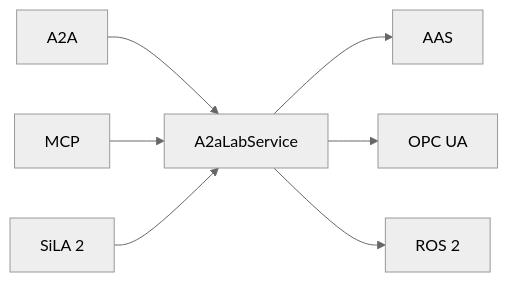
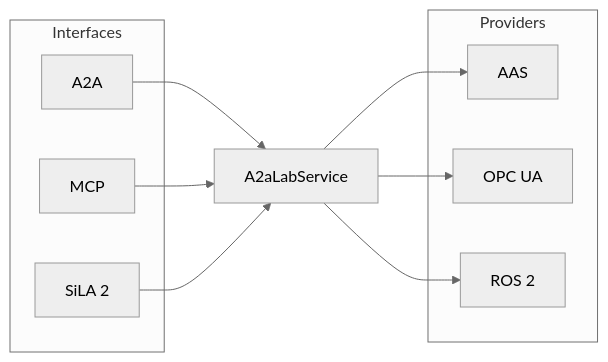
One commit to A3Analytics/a2a-lab-dev-kit-rs changed the diagram in README.md. Above: the diagram before and after it, drawn with Mermaid (neutral theme). The commit also changed other lines of this file and 14 other files, not shown here.

Commit message:
Group the Wiki into interfaces and providers so both sides of A2aLabService are explicit.

````diff
--- a/README.md
+++ b/README.md
@@ -21,11 +21,22 @@
 ```mermaid
 flowchart LR
   accTitle: A2A-LAB devkit
-  accDescr: A2A, MCP, and SiLA 2 call A2aLabService. A2aLabService uses AAS, OPC UA, and ROS 2.
-  a2a["A2A"] --> lab["A2aLabService"]
-  mcp["MCP"] --> lab
-  sila["SiLA 2"] --> lab
-  lab --> aas["AAS"]
-  lab --> opc["OPC UA"]
-  lab --> ros["ROS 2"]
+  accDescr: A2A, MCP, and SiLA 2 are interfaces to A2aLabService. A2aLabService uses AAS, OPC UA, and ROS 2 as providers.
+  subgraph interfaces [Interfaces]
+    a2a["A2A"]
+    mcp["MCP"]
+    sila["SiLA 2"]
+  end
+  lab["A2aLabService"]
+  subgraph providers [Providers]
+    aas["AAS"]
+    opc["OPC UA"]
+    ros["ROS 2"]
+  end
+  a2a --> lab
+  mcp --> lab
+  sila --> lab
+  lab --> aas
+  lab --> opc
+  lab --> ros
 ```
````
